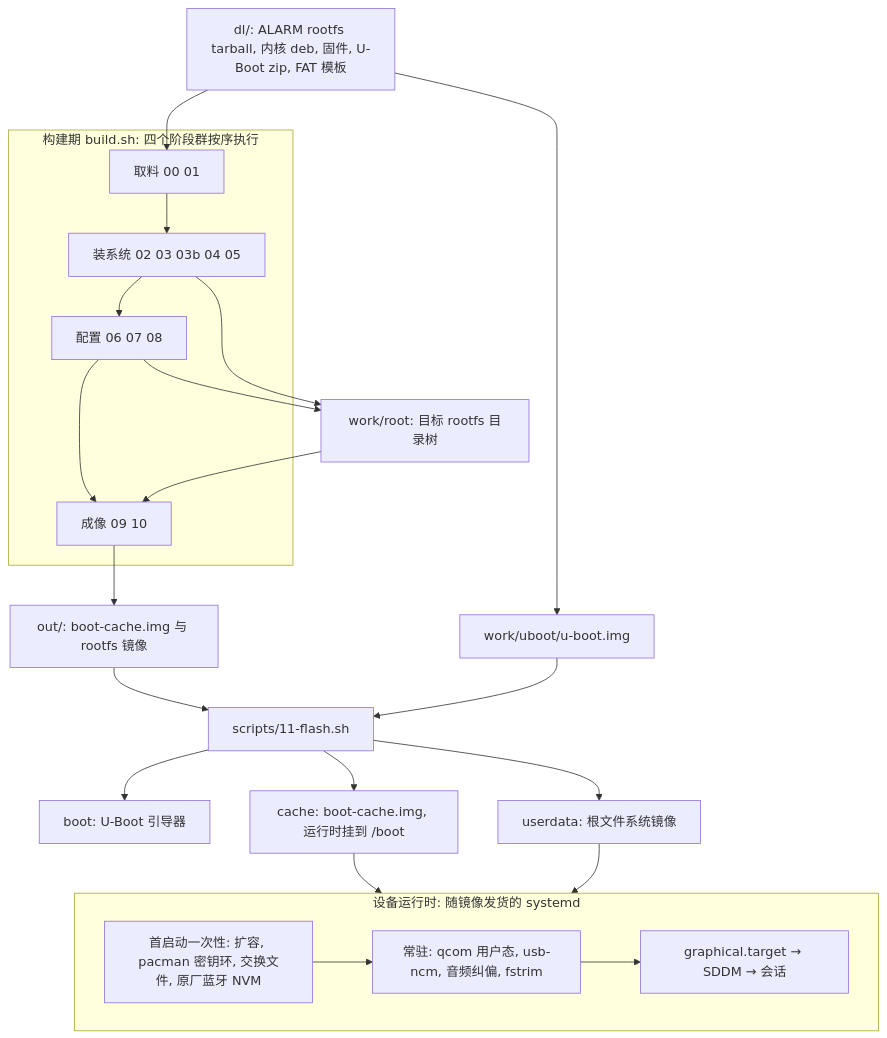
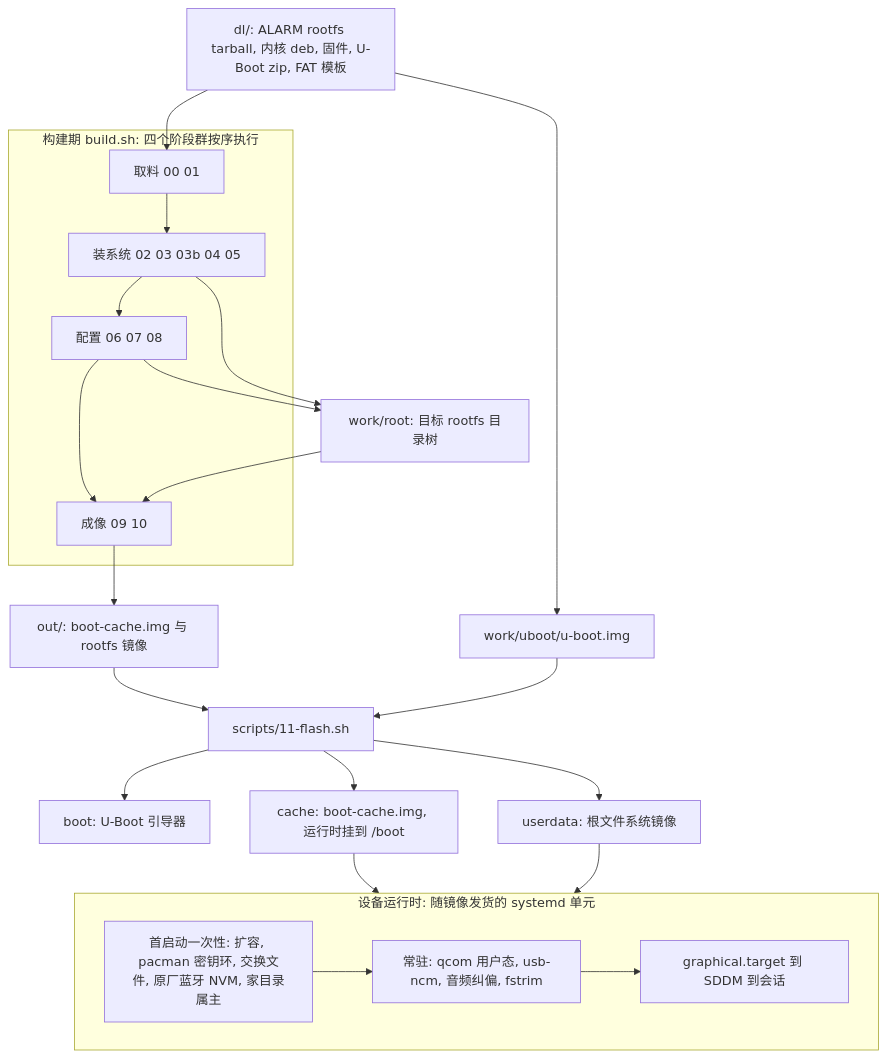
Before and after one commit to Winter21c/archlinux-xiaomi-raphael: the diagram in openwiki/architecture/overview.md, drawn with Mermaid. The commit also changed other lines of this file and 6 other files, not shown here.

````diff
--- a/openwiki/architecture/overview.md
+++ b/openwiki/architecture/overview.md
@@ -23,32 +26,32 @@
 ```mermaid
 flowchart TB
   DL["dl/: ALARM rootfs tarball, 内核 deb, 固件, U-Boot zip, FAT 模板"]
   subgraph BUILD["构建期 build.sh: 四个阶段群按序执行"]
     G1["取料 00 01"]
     G2["装系统 02 03 03b 04 05"]
     G3["配置 06 07 08"]
     G4["成像 09 10"]
     G1 --> G2 --> G3 --> G4
   end
   TREE["work/root: 目标 rootfs 目录树"]
   OUT["out/: boot-cache.img 与 rootfs 镜像"]
   UB["work/uboot/u-boot.img"]
   DL --> G1
   G2 --> TREE
   G3 --> TREE
   TREE --> G4 --> OUT
   DL --> UB
   OUT --> FLASH["scripts/11-flash.sh"]
   UB --> FLASH
   FLASH --> PBOOT["boot: U-Boot 引导器"]
   FLASH --> PCACHE["cache: boot-cache.img, 运行时挂到 /boot"]
   FLASH --> PUSER["userdata: 根文件系统镜像"]
-  subgraph RUN["设备运行时: 随镜像发货的 systemd"]
-    FIRST["首启动一次性: 扩容, pacman 密钥环, 交换文件, 原厂蓝牙 NVM"]
+  subgraph RUN["设备运行时: 随镜像发货的 systemd 单元"]
+    FIRST["首启动一次性: 扩容, pacman 密钥环, 交换文件, 原厂蓝牙 NVM, 家目录属主"]
     LONG["常驻: qcom 用户态, usb-ncm, 音频纠偏, fstrim"]
-    LOGIN["graphical.target → SDDM → 会话"]
+    LOGIN["graphical.target 到 SDDM 到会话"]
     FIRST --> LONG --> LOGIN
   end
   PCACHE --> RUN
   PUSER --> RUN
 ```
````
